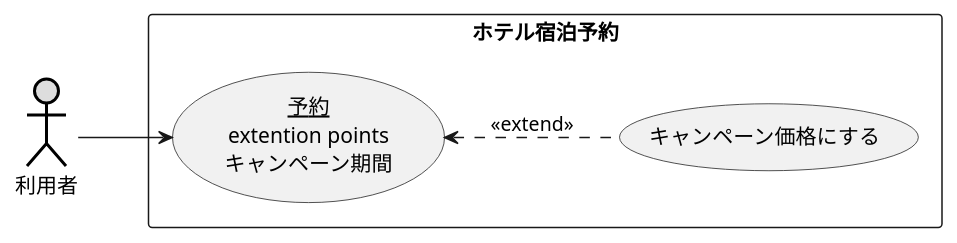
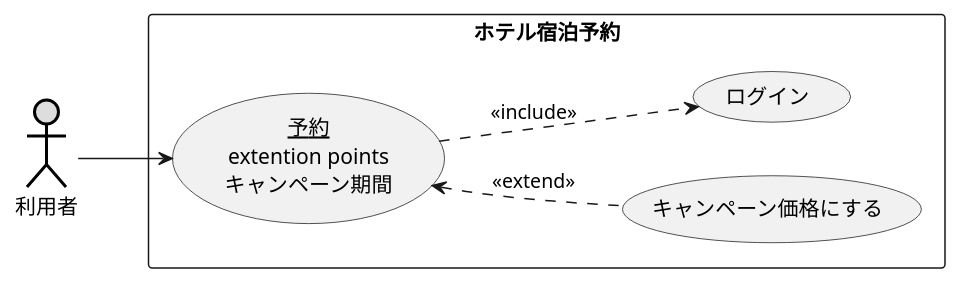
The diagram in 演習2-4_キャンペーン中のホテル宿泊予約.pu (Tackey-11/uml-intro), drawn with PlantUML before and after one commit.

Commit message:
修正

```diff
--- a/演習2-4_キャンペーン中のホテル宿泊予約.pu
+++ b/演習2-4_キャンペーン中のホテル宿泊予約.pu
@@ -1,13 +1,14 @@
 @startuml ユースケース図
 left to right direction
 actor 利用者#DDDDDD;line:black;line.bold;
 
 rectangle ホテル宿泊予約 {
 usecase (<u>予約</u>\nextention points\nキャンペーン期間) as reserve
 usecase キャンペーン価格にする
+usecase ログイン
 }
 reserve <.. キャンペーン価格にする : << extend >>
-
+reserve ..> ログイン :<< include >>
 利用者 --> reserve
 
 @enduml
```
